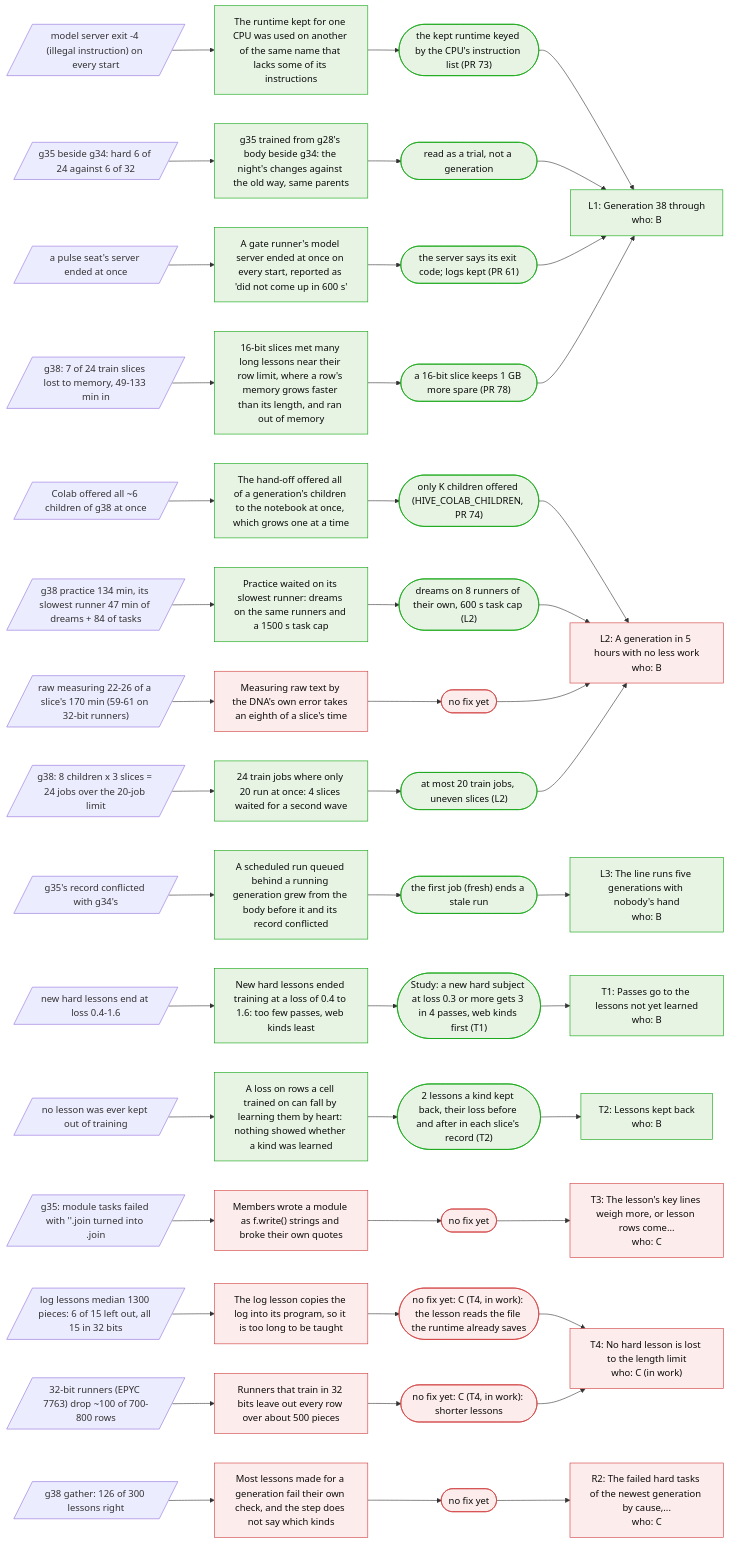
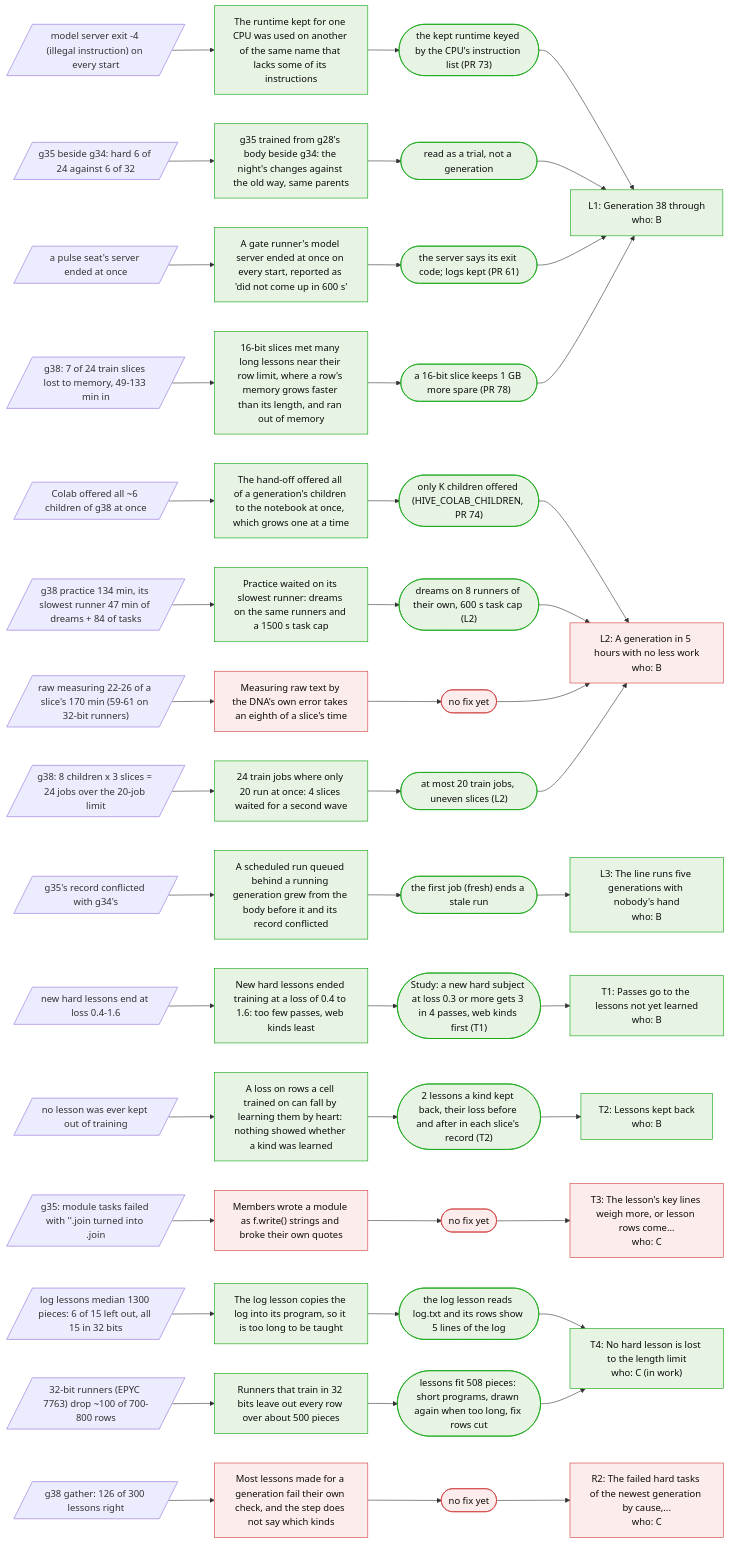
The third of 4 diagrams in docs/KNOWLEDGE.md (Arnav123-s/HiveMIND), drawn with Mermaid before and after one commit. The commit also changed other lines of this file and 5 other files, not shown here.

First line of the commit message:
T4: hard lessons fit 508 pieces (the 32-bit runners' limit)

````diff
--- a/docs/KNOWLEDGE.md
+++ b/docs/KNOWLEDGE.md
@@ -87,73 +87,73 @@
 ```mermaid
 flowchart LR
   pc_L1["L1: Generation 38 through<br/>who: B"]:::fixed
   pc_L2["L2: A generation in 5 hours with no less work<br/>who: B"]:::open
   pc_L3["L3: The line runs five generations with nobody's hand<br/>who: B"]:::fixed
   pc_T1["T1: Passes go to the lessons not yet learned<br/>who: B"]:::fixed
   pc_T2["T2: Lessons kept back<br/>who: B"]:::fixed
   pc_T3["T3: The lesson's key lines weigh more, or lesson rows come...<br/>who: C"]:::open
-  pc_T4["T4: No hard lesson is lost to the length limit<br/>who: C (in work)"]:::open
+  pc_T4["T4: No hard lesson is lost to the length limit<br/>who: C (in work)"]:::fixed
   pc_R2["R2: The failed hard tasks of the newest generation by cause,...<br/>who: C"]:::open
   s_cpuflags[/"model server exit -4 (illegal instruction) on every start"/]
   c_cpuflags["The runtime kept for one CPU was used on another of the same name that lacks some of its instructions"]:::fixed
   x_cpuflags(["the kept runtime keyed by the CPU's instruction list (PR 73)"]):::fixed
   s_cpuflags --> c_cpuflags --> x_cpuflags --> pc_L1
   s_g35sibling[/"g35 beside g34: hard 6 of 24 against 6 of 32"/]
   c_g35sibling["g35 trained from g28's body beside g34: the night's changes against the old way, same parents"]:::fixed
   x_g35sibling(["read as a trial, not a generation"]):::fixed
   s_g35sibling --> c_g35sibling --> x_g35sibling --> pc_L1
   s_serverdeath[/"a pulse seat's server ended at once"/]
   c_serverdeath["A gate runner's model server ended at once on every start, reported as 'did not come up in 600 s'"]:::fixed
   x_serverdeath(["the server says its exit code; logs kept (PR 61)"]):::fixed
   s_serverdeath --> c_serverdeath --> x_serverdeath --> pc_L1
   s_slicememory[/"g38: 7 of 24 train slices lost to memory, 49-133 min in"/]
   c_slicememory["16-bit slices met many long lessons near their row limit, where a row's memory grows faster than its length, and ran out of memory"]:::fixed
   x_slicememory(["a 16-bit slice keeps 1 GB more spare (PR 78)"]):::fixed
   s_slicememory --> c_slicememory --> x_slicememory --> pc_L1
   s_colaball[/"Colab offered all ~6 children of g38 at once"/]
   c_colaball["The hand-off offered all of a generation's children to the notebook at once, which grows one at a time"]:::fixed
   x_colaball(["only K children offered (HIVE_COLAB_CHILDREN, PR 74)"]):::fixed
   s_colaball --> c_colaball --> x_colaball --> pc_L2
   s_practicetail[/"g38 practice 134 min, its slowest runner 47 min of dreams + 84 of tasks"/]
   c_practicetail["Practice waited on its slowest runner: dreams on the same runners and a 1500 s task cap"]:::fixed
   x_practicetail(["dreams on 8 runners of their own, 600 s task cap (L2)"]):::fixed
   s_practicetail --> c_practicetail --> x_practicetail --> pc_L2
   s_rawmeasure[/"raw measuring 22-26 of a slice's 170 min (59-61 on 32-bit runners)"/]
   c_rawmeasure["Measuring raw text by the DNA's own error takes an eighth of a slice's time"]:::open
   x_rawmeasure(["no fix yet"]):::open
   s_rawmeasure --> c_rawmeasure --> x_rawmeasure --> pc_L2
   s_twowaves[/"g38: 8 children x 3 slices = 24 jobs over the 20-job limit"/]
   c_twowaves["24 train jobs where only 20 run at once: 4 slices waited for a second wave"]:::fixed
   x_twowaves(["at most 20 train jobs, uneven slices (L2)"]):::fixed
   s_twowaves --> c_twowaves --> x_twowaves --> pc_L2
   s_stalebody[/"g35's record conflicted with g34's"/]
   c_stalebody["A scheduled run queued behind a running generation grew from the body before it and its record conflicted"]:::fixed
   x_stalebody(["the first job (fresh) ends a stale run"]):::fixed
   s_stalebody --> c_stalebody --> x_stalebody --> pc_L3
   s_fewpasses[/"new hard lessons end at loss 0.4-1.6"/]
   c_fewpasses["New hard lessons ended training at a loss of 0.4 to 1.6: too few passes, web kinds least"]:::fixed
   x_fewpasses(["Study: a new hard subject at loss 0.3 or more gets 3 in 4 passes, web kinds first (T1)"]):::fixed
   s_fewpasses --> c_fewpasses --> x_fewpasses --> pc_T1
   s_keptback[/"no lesson was ever kept out of training"/]
   c_keptback["A loss on rows a cell trained on can fall by learning them by heart: nothing showed whether a kind was learned"]:::fixed
   x_keptback(["2 lessons a kind kept back, their loss before and after in each slice's record (T2)"]):::fixed
   s_keptback --> c_keptback --> x_keptback --> pc_T2
   s_modulestring[/"g35: module tasks failed with ''.join turned into .join"/]
   c_modulestring["Members wrote a module as f.write() strings and broke their own quotes"]:::open
   x_modulestring(["no fix yet"]):::open
   s_modulestring --> c_modulestring --> x_modulestring --> pc_T3
   s_loglesson[/"log lessons median 1300 pieces: 6 of 15 left out, all 15 in 32 bits"/]
-  c_loglesson["The log lesson copies the log into its program, so it is too long to be taught"]:::open
-  x_loglesson(["no fix yet: C (T4, in work): the lesson reads the file the runtime already saves"]):::open
+  c_loglesson["The log lesson copies the log into its program, so it is too long to be taught"]:::fixed
+  x_loglesson(["the log lesson reads log.txt and its rows show 5 lines of the log"]):::fixed
   s_loglesson --> c_loglesson --> x_loglesson --> pc_T4
   s_rows32[/"32-bit runners (EPYC 7763) drop ~100 of 700-800 rows"/]
-  c_rows32["Runners that train in 32 bits leave out every row over about 500 pieces"]:::open
-  x_rows32(["no fix yet: C (T4, in work): shorter lessons"]):::open
+  c_rows32["Runners that train in 32 bits leave out every row over about 500 pieces"]:::fixed
+  x_rows32(["lessons fit 508 pieces: short programs, drawn again when too long, fix rows cut"]):::fixed
   s_rows32 --> c_rows32 --> x_rows32 --> pc_T4
   s_lessonswrong[/"g38 gather: 126 of 300 lessons right"/]
   c_lessonswrong["Most lessons made for a generation fail their own check, and the step does not say which kinds"]:::open
   x_lessonswrong(["no fix yet"]):::open
   s_lessonswrong --> c_lessonswrong --> x_lessonswrong --> pc_R2
   classDef fixed fill:#e7f4e4,stroke:#0ca30c,color:#0b0b0b
   classDef open fill:#fdecec,stroke:#d03b3b,color:#0b0b0b
 ```
````
